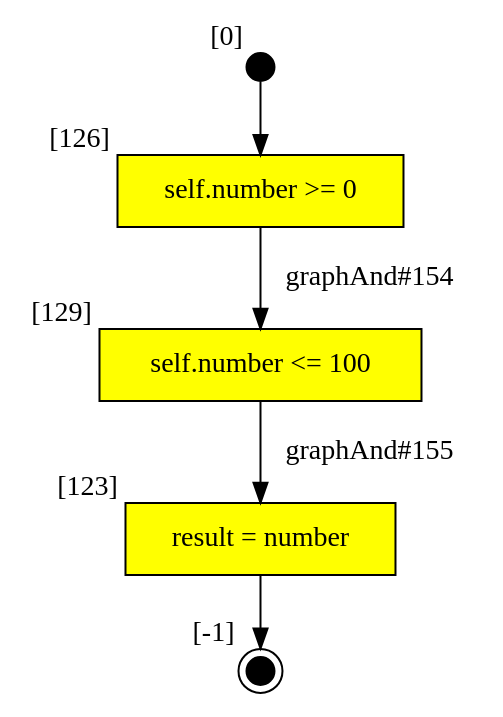
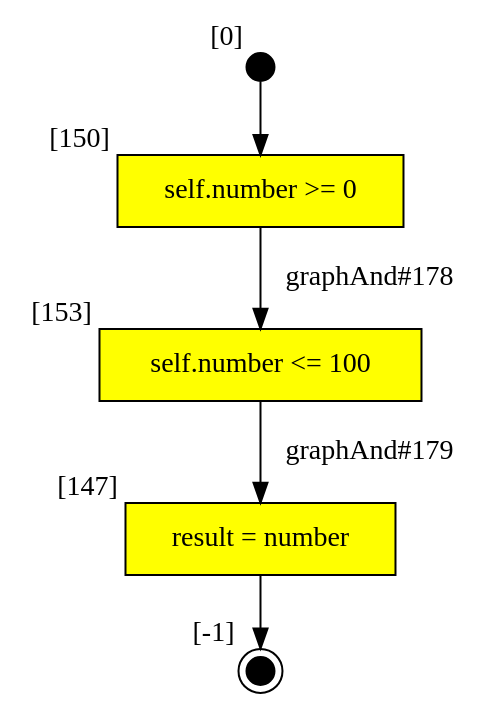
One commit to SamHseih/ocl-testcase-generator changed the diagram in output/CLG/Grade/tcgen_Grade_getNumber_DCC.dot. Above: the diagram before and after it, drawn with Graphviz. The commit also changed 2175 other files, not shown here.

```diff
--- a/output/CLG/Grade/tcgen_Grade_getNumber_DCC.dot
+++ b/output/CLG/Grade/tcgen_Grade_getNumber_DCC.dot
@@ -1,11 +1,11 @@
 digraph CLG {
-  129 [shape="box", label="self.number <= 100", style=filled, fillcolor=yellow, xlabel="[129]"];
-  123 [shape="box", label="result = number", style=filled, fillcolor=yellow, xlabel="[123]"];
-  124 [style=filled, fillcolor=black, shape="doublecircle", label="", fixedsize=true, width=.2, height=.2, xlabel="[-1]"];
-  125 [style=filled, fillcolor=black, shape="circle", label="", fixedsize=true, width=.2, height=.2, xlabel="[0]"];
-  126 [shape="box", label="self.number >= 0", style=filled, fillcolor=yellow, xlabel="[126]"];
-  123 -> 124;
-  125 -> 126;
-  126 -> 129[label="graphAnd#154"];
-  129 -> 123[label="graphAnd#155"];
+  147 [shape="box", label="result = number", style=filled, fillcolor=yellow, xlabel="[147]"];
+  148 [style=filled, fillcolor=black, shape="doublecircle", label="", fixedsize=true, width=.2, height=.2, xlabel="[-1]"];
+  149 [style=filled, fillcolor=black, shape="circle", label="", fixedsize=true, width=.2, height=.2, xlabel="[0]"];
+  150 [shape="box", label="self.number >= 0", style=filled, fillcolor=yellow, xlabel="[150]"];
+  153 [shape="box", label="self.number <= 100", style=filled, fillcolor=yellow, xlabel="[153]"];
+  150 -> 153[label="graphAnd#178"];
+  153 -> 147[label="graphAnd#179"];
+  147 -> 148;
+  149 -> 150;
 }
```
